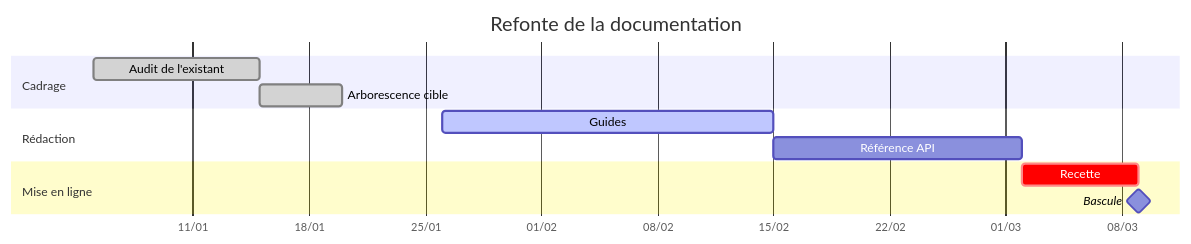
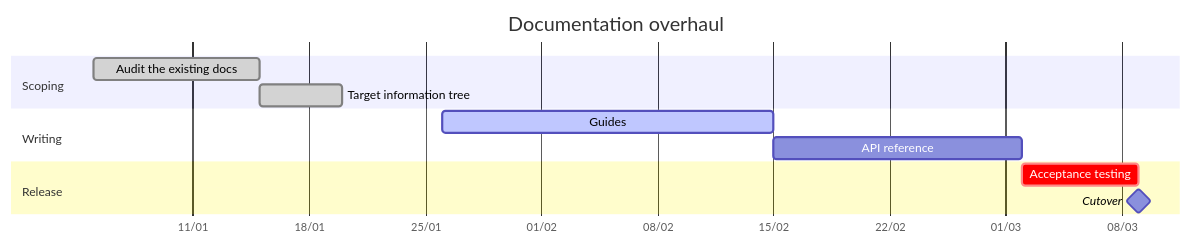
Before and after one commit to InnovateIt-ak/docusaurus: the ninth of 25 diagrams in docs/mermaid-diagrams.mdx, drawn with Mermaid. The commit also changed other lines of this file, not shown here.

First line of the commit message:
Translate the Mermaid reference page to English

````diff
--- a/docs/mermaid-diagrams.mdx
+++ b/docs/mermaid-diagrams.mdx
@@ -443,18 +441,18 @@
 ```mermaid
 gantt
-    title Refonte de la documentation
+    title Documentation overhaul
     dateFormat YYYY-MM-DD
     axisFormat %d/%m
 
-    section Cadrage
-        Audit de l'existant      :done,   a1, 2026-01-05, 10d
-        Arborescence cible       :done,   a2, after a1, 5d
+    section Scoping
+        Audit the existing docs  :done,   a1, 2026-01-05, 10d
+        Target information tree  :done,   a2, after a1, 5d
 
-    section Rédaction
+    section Writing
         Guides                   :active, b1, 2026-01-26, 20d
-        Référence API            :        b2, after b1, 15d
+        API reference            :        b2, after b1, 15d
 
-    section Mise en ligne
-        Recette                  :crit,   c1, after b2, 7d
-        Bascule                  :milestone, c2, after c1, 0d
+    section Release
+        Acceptance testing       :crit,   c1, after b2, 7d
+        Cutover                  :milestone, c2, after c1, 0d
 ```
````
